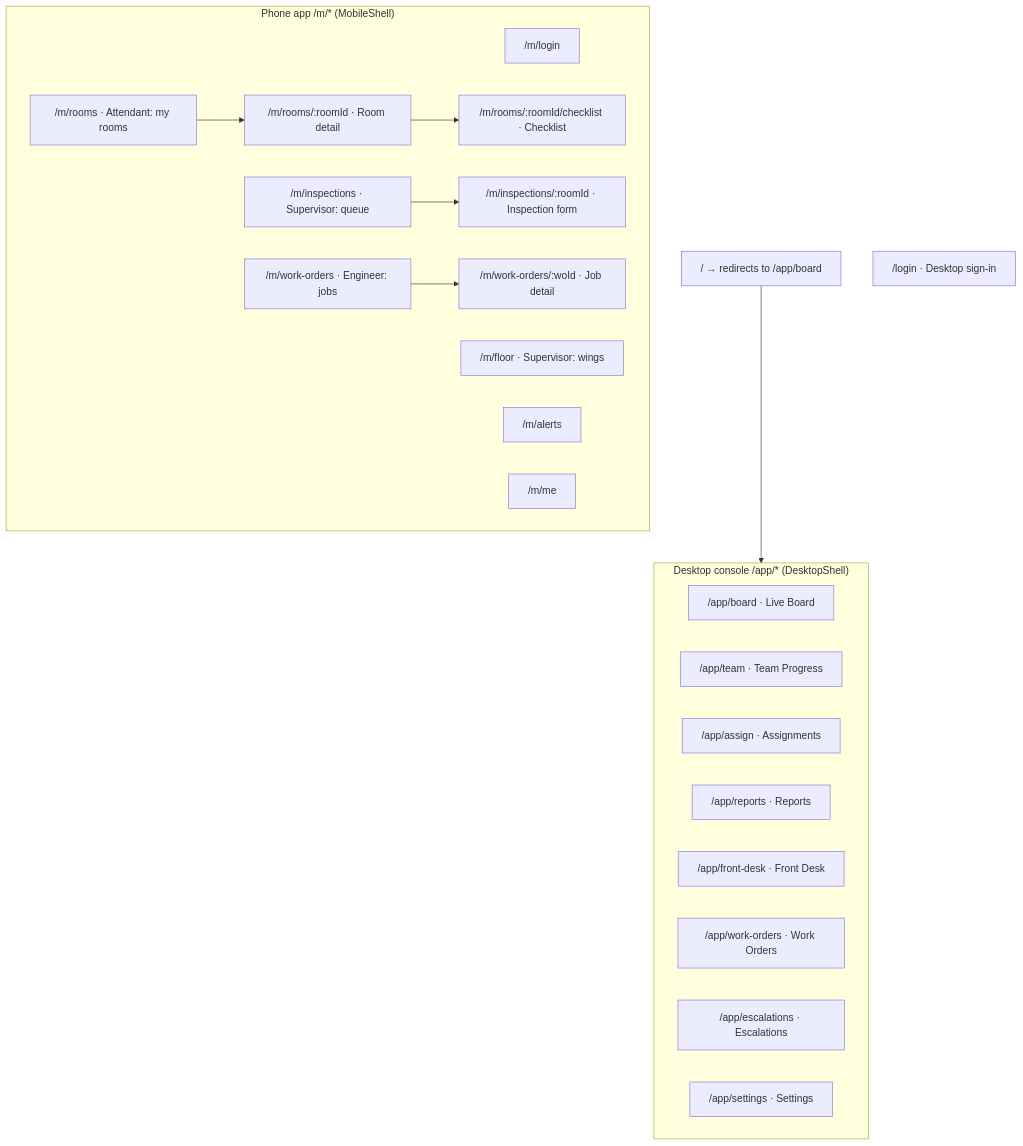
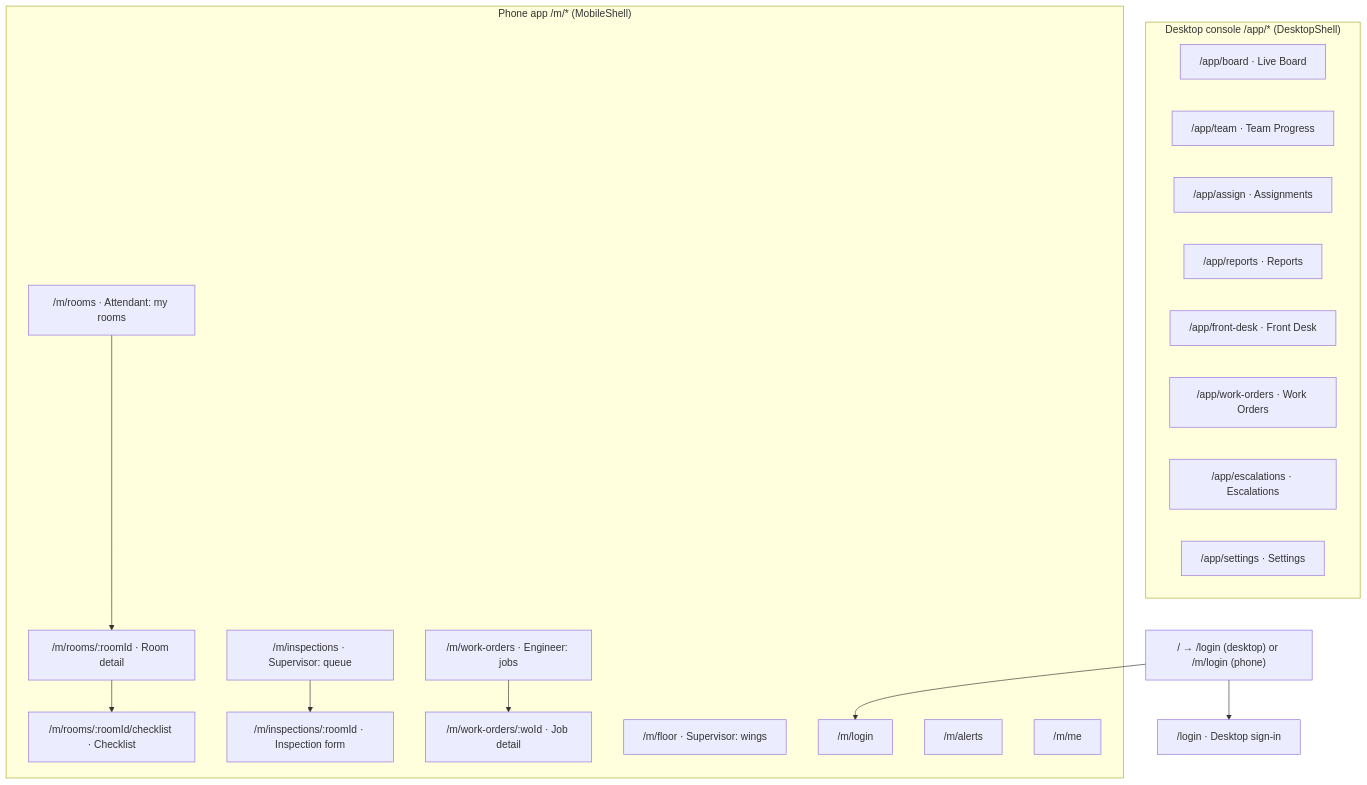
The diagram in docs/sitemap.md (abdulsalahuddin94-dev/Riwaq-hotel), drawn with Mermaid before and after one commit. The commit also changed other lines of this file and 5 other files, not shown here.

````diff
--- a/docs/sitemap.md
+++ b/docs/sitemap.md
@@ -5,32 +5,33 @@
 ```mermaid
 flowchart TD
-  root["/ → redirects to /app/board"]
-  root --> app
+  root["/ → /login (desktop) or /m/login (phone)"]
+  root --> login
+  root --> mlogin
   subgraph app["Desktop console /app/* (DesktopShell)"]
     board["/app/board · Live Board"]
     team["/app/team · Team Progress"]
     assign["/app/assign · Assignments"]
     reports["/app/reports · Reports"]
     fd["/app/front-desk · Front Desk"]
     wo["/app/work-orders · Work Orders"]
     esc["/app/escalations · Escalations"]
     set["/app/settings · Settings"]
   end
   login["/login · Desktop sign-in"]
   subgraph m["Phone app /m/* (MobileShell)"]
     mlogin["/m/login"]
     rooms["/m/rooms · Attendant: my rooms"]
     room["/m/rooms/:roomId · Room detail"]
     check["/m/rooms/:roomId/checklist · Checklist"]
     insp["/m/inspections · Supervisor: queue"]
     inspf["/m/inspections/:roomId · Inspection form"]
     floor["/m/floor · Supervisor: wings"]
     mwo["/m/work-orders · Engineer: jobs"]
     mwod["/m/work-orders/:woId · Job detail"]
     alerts["/m/alerts"]
     me["/m/me"]
   end
   rooms --> room --> check
   insp --> inspf
   mwo --> mwod
 ```
````
